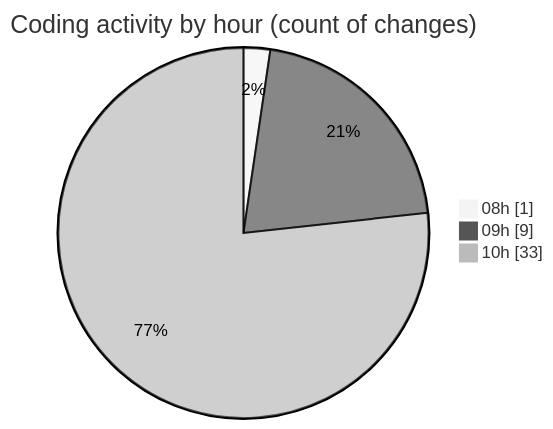
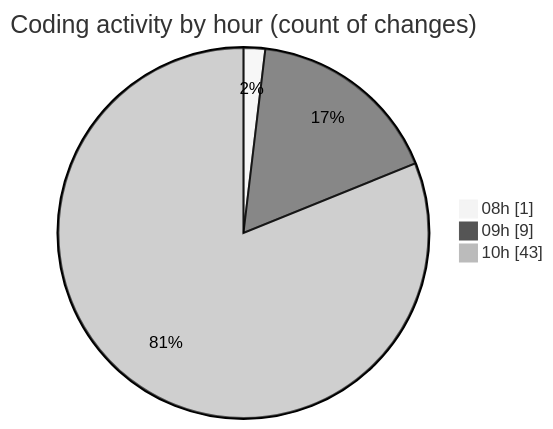
One commit to BS-eng2023/code-tracking changed the second of 2 diagrams in 2025-04-04/jsvms/README.md. Above: the diagram before and after it, drawn with Mermaid (neutral theme). The commit also changed other lines of this file and 1 other file, not shown here.

````diff
--- a/2025-04-04/jsvms/README.md
+++ b/2025-04-04/jsvms/README.md
@@ -37,7 +37,7 @@
 ```mermaid
 pie showData
 title Coding activity by hour (count of changes)
 "08h" : 1
 "09h" : 9
-"10h" : 33
+"10h" : 43
 ```
````
